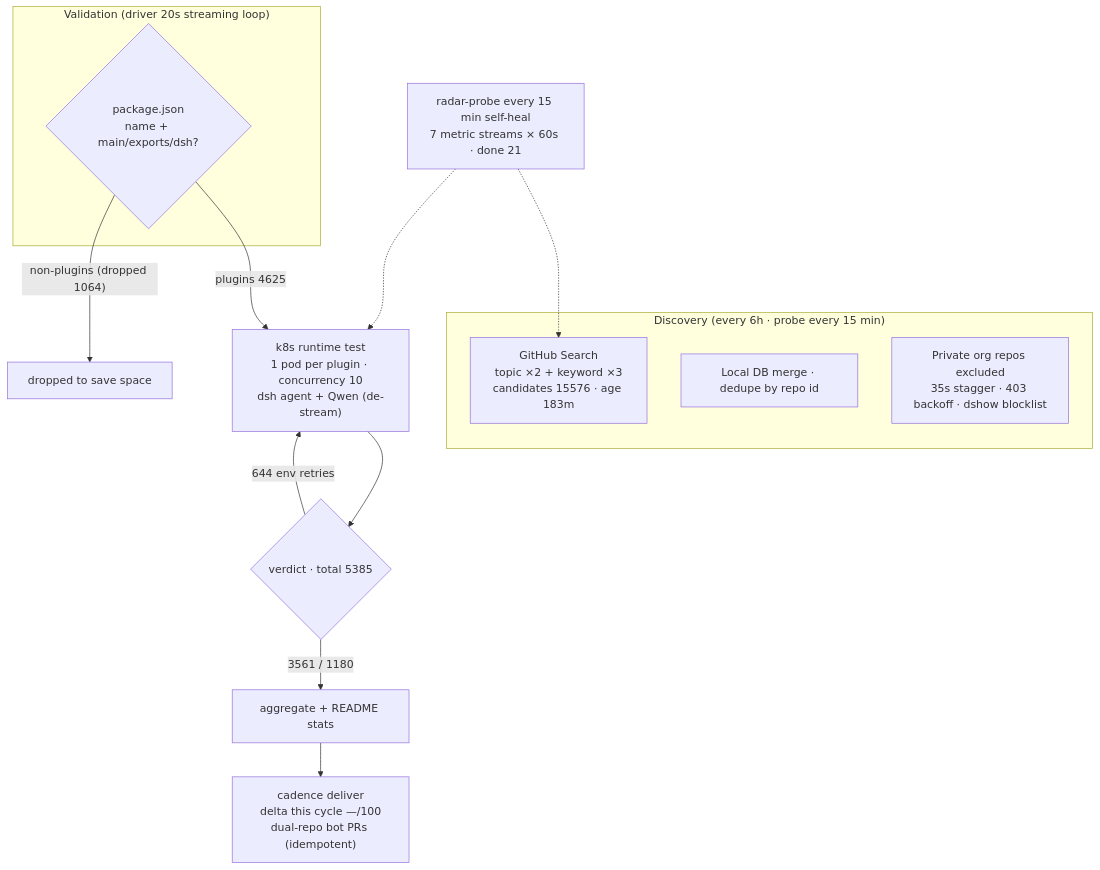
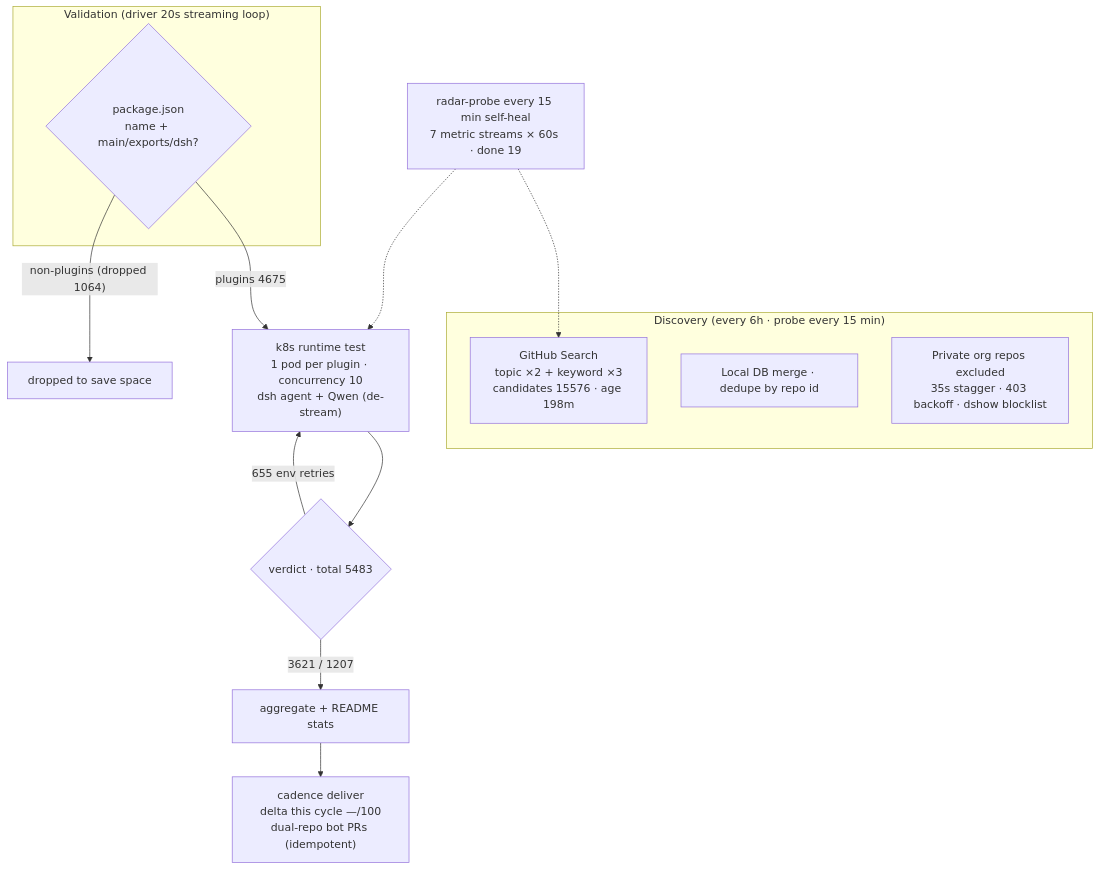
The diagram in README.en-US.md (AdamPlatin123/awesome-dsh-plugins), drawn with Mermaid before and after one commit. The commit also changed other lines of this file and 5 other files, not shown here.

````diff
--- a/README.en-US.md
+++ b/README.en-US.md
@@ -30,20 +30,20 @@
 ```mermaid
 flowchart TB
     subgraph Discovery["Discovery (every 6h · probe every 15 min)"]
-        A1["GitHub Search<br/>topic ×2 + keyword ×3<br/>candidates 15576 · age 183m"]
+        A1["GitHub Search<br/>topic ×2 + keyword ×3<br/>candidates 15576 · age 198m"]
         A2["Local DB merge · dedupe by repo id"]
         A3["Private org repos excluded<br/>35s stagger · 403 backoff · dshow blocklist"]
     end
     subgraph Validation["Validation (driver 20s streaming loop)"]
         B1{"package.json<br/>name + main/exports/dsh?"}
     end
-    B1 -->|"plugins 4625"| C1["k8s runtime test<br/>1 pod per plugin · concurrency 10<br/>dsh agent + Qwen (de-stream)"]
+    B1 -->|"plugins 4675"| C1["k8s runtime test<br/>1 pod per plugin · concurrency 10<br/>dsh agent + Qwen (de-stream)"]
     B1 -->|"non-plugins (dropped 1064)"| B3["dropped to save space"]
-    C1 --> D1{"verdict · total 5385"}
-    D1 -->|"3561 / 1180"| E1["aggregate + README stats"]
-    D1 -->|"644 env retries"| C1
+    C1 --> D1{"verdict · total 5483"}
+    D1 -->|"3621 / 1207"| E1["aggregate + README stats"]
+    D1 -->|"655 env retries"| C1
     E1 --> E2["cadence deliver<br/>delta this cycle —/100<br/>dual-repo bot PRs (idempotent)"]
-    M["radar-probe every 15 min self-heal<br/>7 metric streams × 60s · done 21"]
+    M["radar-probe every 15 min self-heal<br/>7 metric streams × 60s · done 19"]
     M -.-> A1
     M -.-> C1
 ```
````
